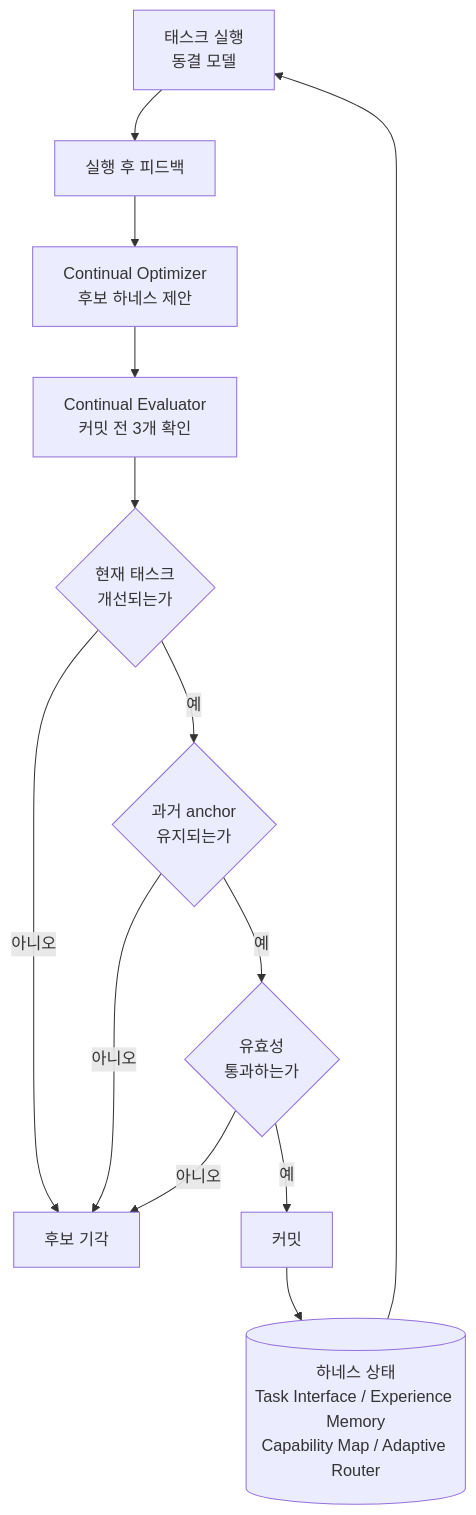
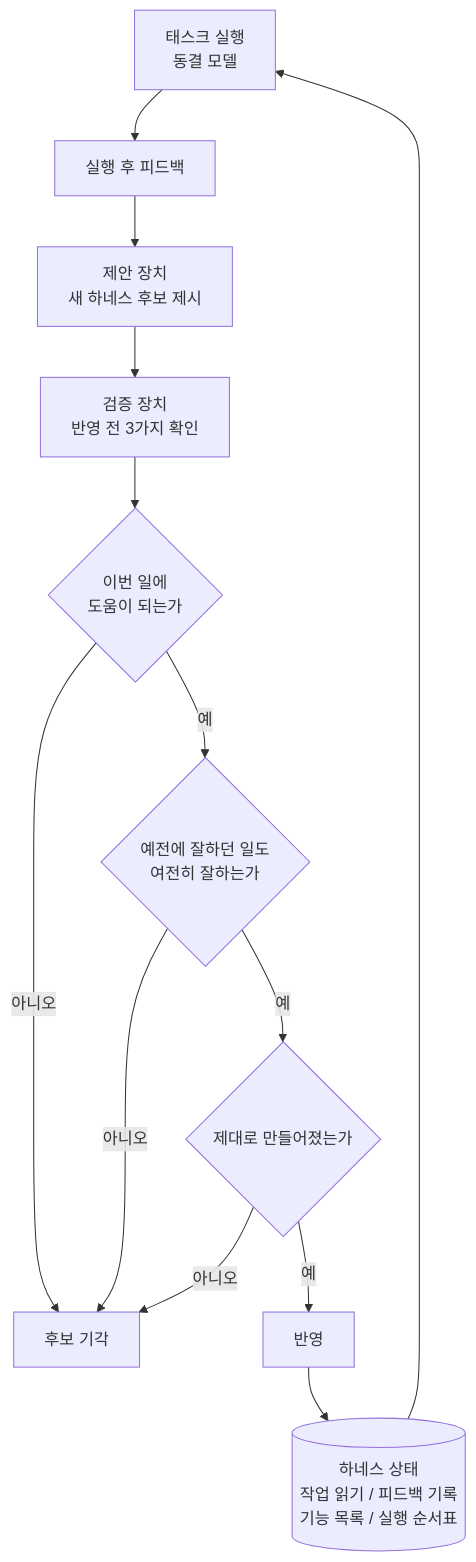
One commit to ThakiCloud/thakicloud.github.io changed the diagram in _posts/ko/research/2026-08-22-harness-continual-learning.md. Above: the diagram before and after it, drawn with Mermaid. The commit also changed other lines of this file and 19 other files, not shown here.

````diff
--- a/_posts/ko/research/2026-08-22-harness-continual-learning.md
+++ b/_posts/ko/research/2026-08-22-harness-continual-learning.md
@@ -59,15 +59,15 @@
 ```mermaid
 flowchart TB
     T[태스크 실행<br/>동결 모델] --> FB[실행 후 피드백]
-    FB --> OPT[Continual Optimizer<br/>후보 하네스 제안]
-    OPT --> EVA[Continual Evaluator<br/>커밋 전 3개 확인]
-    EVA --> C1{현재 태스크<br/>개선되는가}
+    FB --> OPT[제안 장치<br/>새 하네스 후보 제시]
+    OPT --> EVA[검증 장치<br/>반영 전 3가지 확인]
+    EVA --> C1{이번 일에<br/>도움이 되는가}
     C1 -->|아니오| REJ[후보 기각]
-    C1 -->|예| C2{과거 anchor<br/>유지되는가}
+    C1 -->|예| C2{예전에 잘하던 일도<br/>여전히 잘하는가}
     C2 -->|아니오| REJ
-    C2 -->|예| C3{유효성<br/>통과하는가}
+    C2 -->|예| C3{제대로 만들어졌는가}
     C3 -->|아니오| REJ
-    C3 -->|예| COM[커밋]
-    COM --> H[(하네스 상태<br/>Task Interface / Experience Memory<br/>Capability Map / Adaptive Router)]
+    C3 -->|예| COM[반영]
+    COM --> H[(하네스 상태<br/>작업 읽기 / 피드백 기록<br/>기능 목록 / 실행 순서표)]
     H --> T
 ```
````
